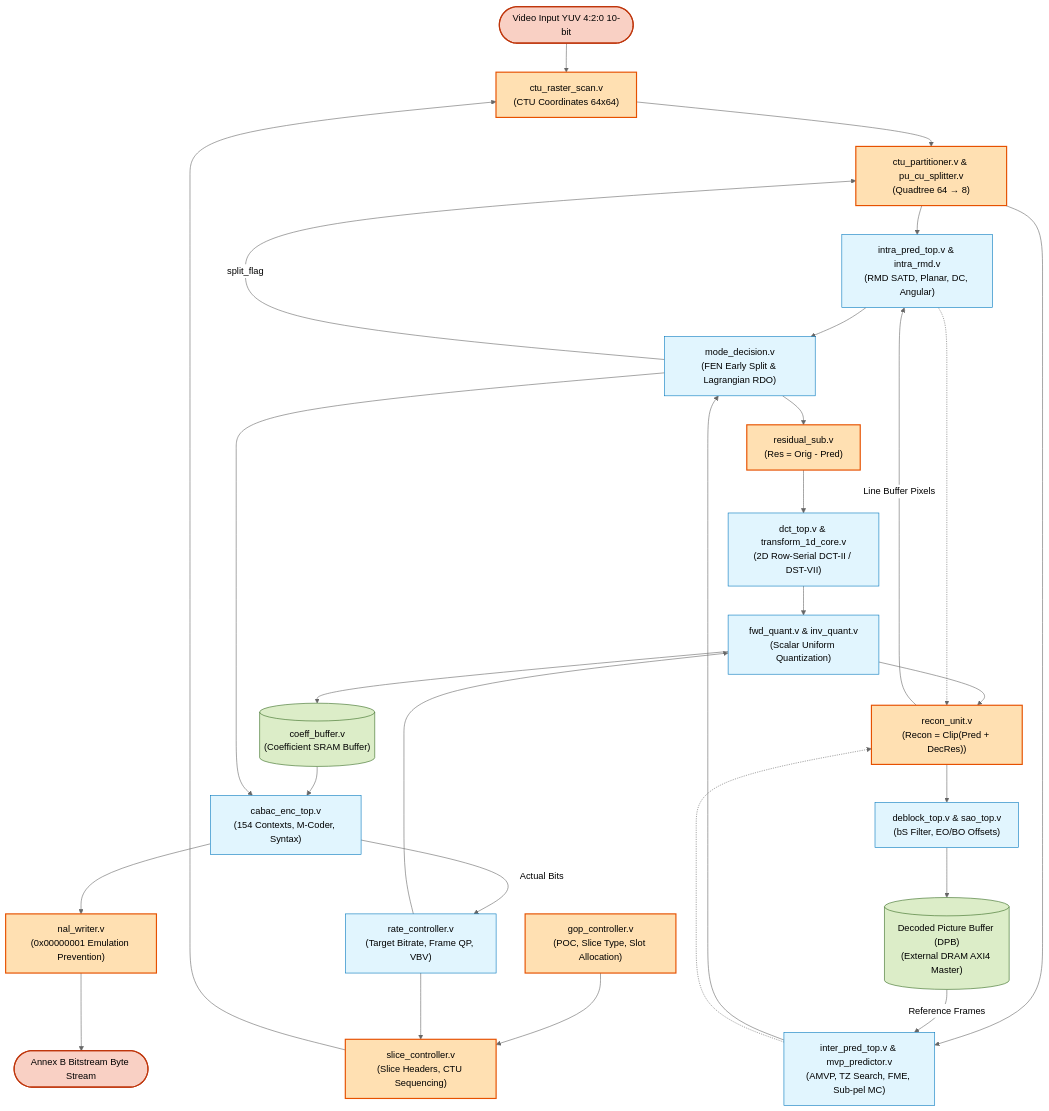
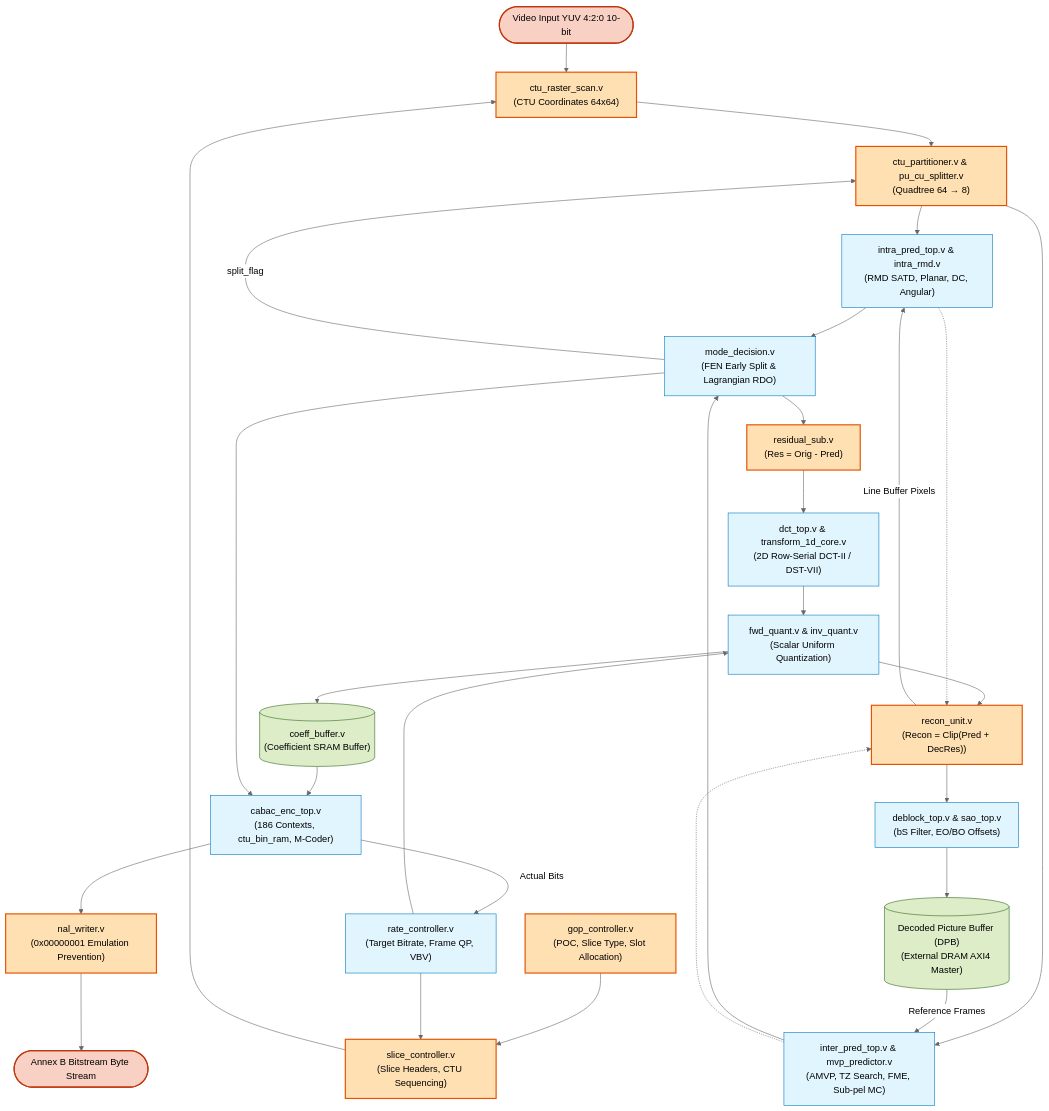
One commit to minh-tb/hevc_hw_encoder changed the diagram in docs/bif_modules_flowcharts.md. Above: the diagram before and after it, drawn with Mermaid (neutral theme). The commit also changed other lines of this file and 55 other files, not shown here.

````diff
--- a/docs/bif_modules_flowcharts.md
+++ b/docs/bif_modules_flowcharts.md
@@ -24,63 +24,63 @@
 ```mermaid
 flowchart TD
     %% Node Styles
     classDef topmod fill:#ffe0b2,stroke:#e65100,stroke-width:2px,color:#000;
     classDef bifmod fill:#e1f5fe,stroke:#0277bd,stroke-width:1px,color:#000;
     classDef rammod fill:#dcedc8,stroke:#33691e,stroke-width:1px,color:#000;
     classDef iomod fill:#f9d0c4,stroke:#bf360c,stroke-width:2px,color:#000;
 
     VideoIn(["Video Input YUV 4:2:0 10-bit"]):::iomod
     BitOut(["Annex B Bitstream Byte Stream"]):::iomod
 
     %% Top Controllers
     GOP["gop_controller.v<br/>(POC, Slice Type, Slot Allocation)"]:::topmod
     RC["rate_controller.v<br/>(Target Bitrate, Frame QP, VBV)"]:::bifmod
     SLICE["slice_controller.v<br/>(Slice Headers, CTU Sequencing)"]:::topmod
     SCAN["ctu_raster_scan.v<br/>(CTU Coordinates 64x64)"]:::topmod
 
     %% Partitioning & Decision
     PART["ctu_partitioner.v & pu_cu_splitter.v<br/>(Quadtree 64 &rarr; 8)"]:::topmod
     MD["mode_decision.v<br/>(FEN Early Split & Lagrangian RDO)"]:::bifmod
 
     %% Prediction Subsystems
     INTRA["intra_pred_top.v & intra_rmd.v<br/>(RMD SATD, Planar, DC, Angular)"]:::bifmod
     INTER["inter_pred_top.v & mvp_predictor.v<br/>(AMVP, TZ Search, FME, Sub-pel MC)"]:::bifmod
 
     %% Transform, Quant & Recon
     RES["residual_sub.v<br/>(Res = Orig - Pred)"]:::topmod
     TRANS["dct_top.v & transform_1d_core.v<br/>(2D Row-Serial DCT-II / DST-VII)"]:::bifmod
     QUANT["fwd_quant.v & inv_quant.v<br/>(Scalar Uniform Quantization)"]:::bifmod
     RECON["recon_unit.v<br/>(Recon = Clip(Pred + DecRes))"]:::topmod
 
     %% In-Loop Filters & DPB
     FILT["deblock_top.v & sao_top.v<br/>(bS Filter, EO/BO Offsets)"]:::bifmod
     DPB[("Decoded Picture Buffer (DPB)<br/>(External DRAM AXI4 Master)")]:::rammod
 
     %% Entropy Coding
     CBUF[("coeff_buffer.v<br/>(Coefficient SRAM Buffer)")]:::rammod
-    CABAC["cabac_enc_top.v<br/>(154 Contexts, M-Coder, Syntax)"]:::bifmod
+    CABAC["cabac_enc_top.v<br/>(186 Contexts, ctu_bin_ram, M-Coder)"]:::bifmod
     NAL["nal_writer.v<br/>(0x00000001 Emulation Prevention)"]:::topmod
 
     %% Connections
     VideoIn --> SCAN --> PART
     GOP --> SLICE --> SCAN
     RC --> SLICE & QUANT
 
     PART --> INTRA & INTER
     INTRA & INTER --> MD
     MD -->|"split_flag"| PART
     MD --> RES --> TRANS --> QUANT
 
     %% Decoupled Paths
     QUANT --> CBUF --> CABAC --> NAL --> BitOut
     MD --> CABAC
 
     QUANT --> RECON
     INTRA & INTER -.-> RECON
 
     %% Feedback Paths
     RECON -->|"Line Buffer Pixels"| INTRA
     RECON --> FILT --> DPB
     DPB -->|"Reference Frames"| INTER
     CABAC -->|"Actual Bits"| RC
 ```
````
